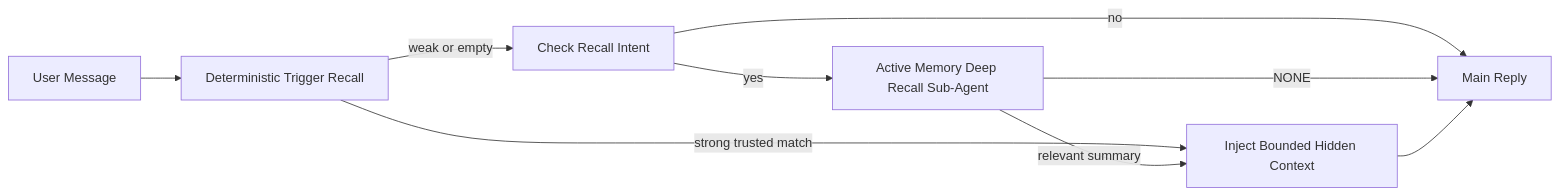
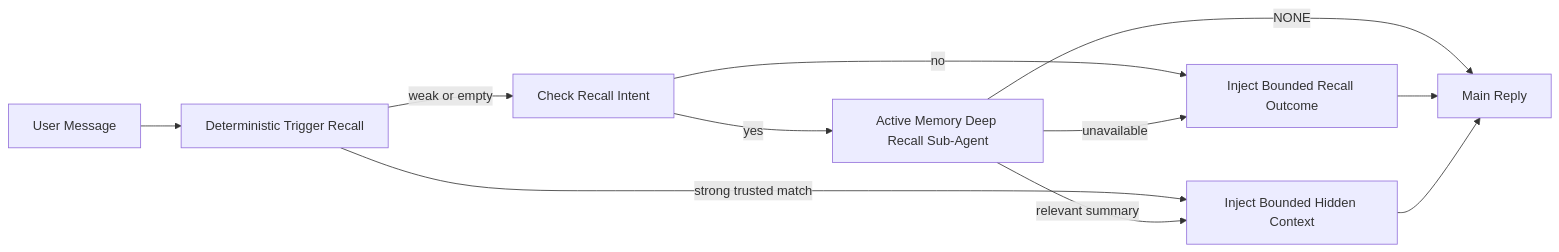
One commit to BeaversLab/openclaw-docs changed the diagram in src/content/docs/en/concepts/active-memory.md. Above: the diagram before and after it, drawn with Mermaid. The commit also changed other lines of this file and 416 other files, not shown here.

````diff
--- a/src/content/docs/en/concepts/active-memory.md
+++ b/src/content/docs/en/concepts/active-memory.md
@@ -130,11 +133,13 @@
 ```mermaid
 flowchart LR
   U["User Message"] --> D["Deterministic Trigger Recall"]
   D -->|strong trusted match| I["Inject Bounded Hidden Context"]
   D -->|weak or empty| H["Check Recall Intent"]
-  H -->|no| M["Main Reply"]
+  H -->|no| O["Inject Bounded Recall Outcome"]
   H -->|yes| R["Active Memory Deep Recall Sub-Agent"]
   R -->|NONE| M
+  R -->|unavailable| O
   R -->|relevant summary| I
+  O --> M["Main Reply"]
   I --> M
 ```
````
